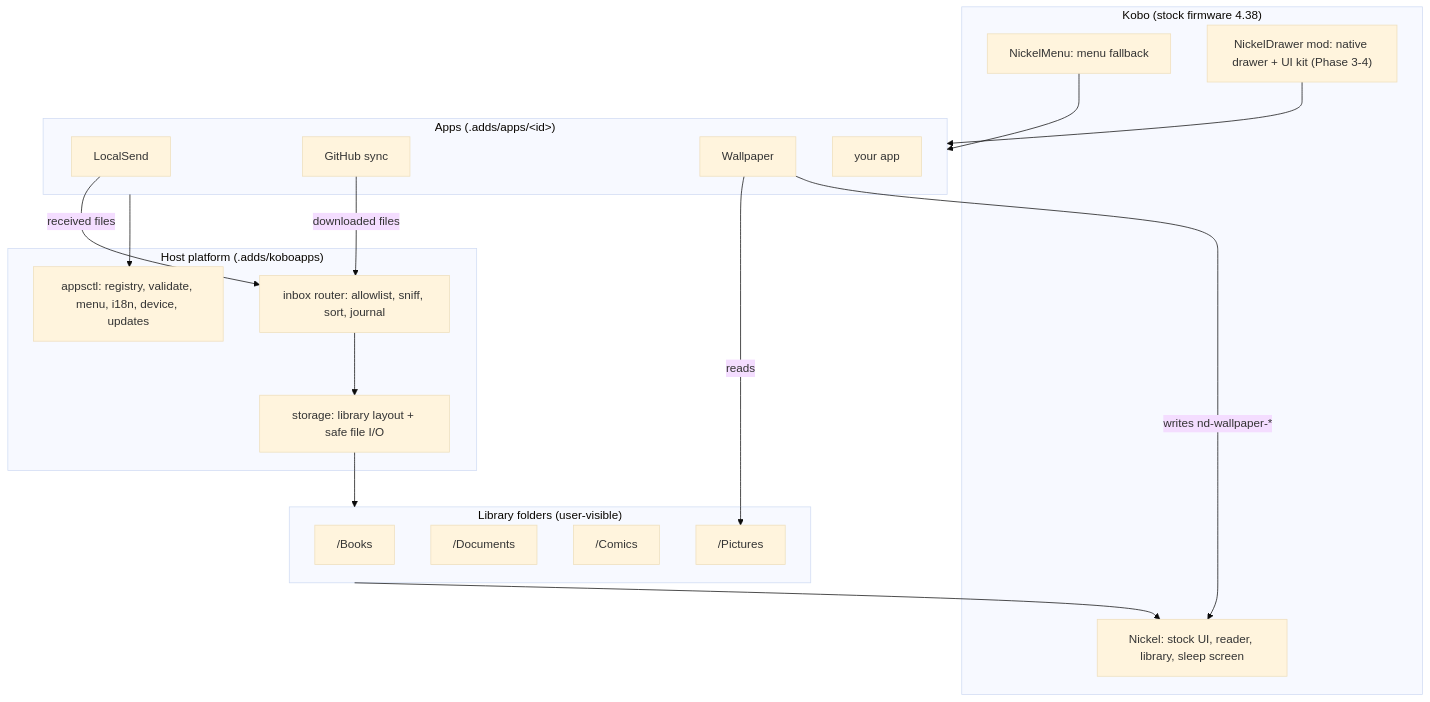
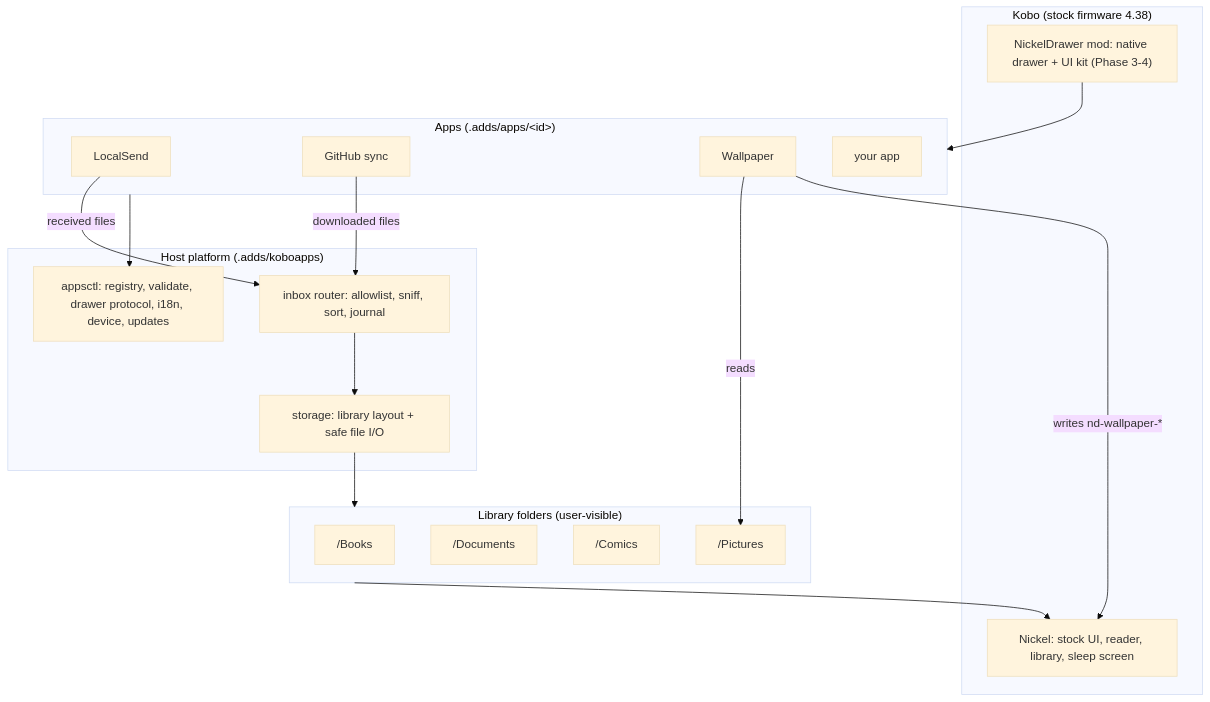
The first of 2 diagrams in docs/ARCHITECTURE.md (minhdangphuoc/NickelDrawer), drawn with Mermaid (base theme) before and after one commit. The commit also changed other lines of this file and 155 other files, not shown here.

````diff
--- a/docs/ARCHITECTURE.md
+++ b/docs/ARCHITECTURE.md
@@ -22,35 +22,33 @@
 ```mermaid
 flowchart TB
   subgraph Device["Kobo (stock firmware 4.38)"]
     Nickel["Nickel: stock UI, reader, library, sleep screen"]
-    NM["NickelMenu: menu fallback"]
     Drawer["NickelDrawer mod: native drawer + UI kit (Phase 3-4)"]
   end
   subgraph Host["Host platform (.adds/koboapps)"]
-    appsctl["appsctl: registry, validate, menu, i18n, device, updates"]
+    appsctl["appsctl: registry, validate, drawer protocol, i18n, device, updates"]
     storage["storage: library layout + safe file I/O"]
     router["inbox router: allowlist, sniff, sort, journal"]
   end
   subgraph Apps["Apps (.adds/apps/&lt;id&gt;)"]
     ls["LocalSend"]
     gh["GitHub sync"]
     wp["Wallpaper"]
     more["your app"]
   end
   subgraph Library["Library folders (user-visible)"]
     books["/Books"]
     docs["/Documents"]
     comics["/Comics"]
     pics["/Pictures"]
   end
-  NM --> Apps
   Drawer --> Apps
   Apps --> appsctl
   ls -- received files --> router
   gh -- downloaded files --> router
   router --> storage
   storage --> Library
   wp -- reads --> pics
   wp -- writes nd-wallpaper-* --> Nickel
   Library --> Nickel
 ```
````
